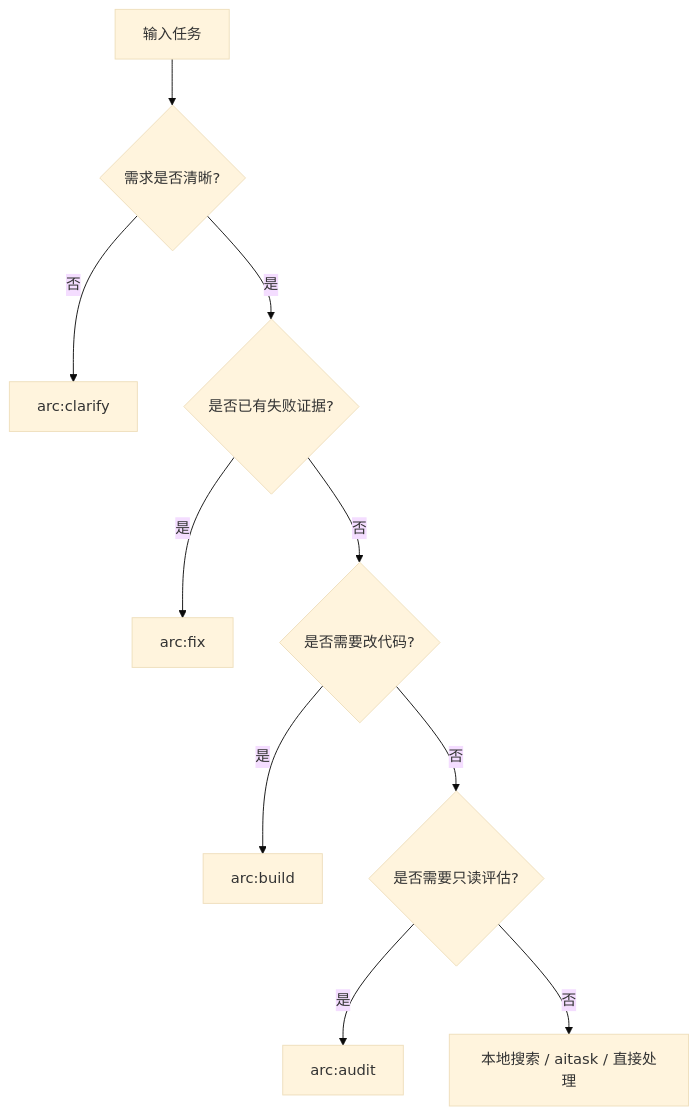
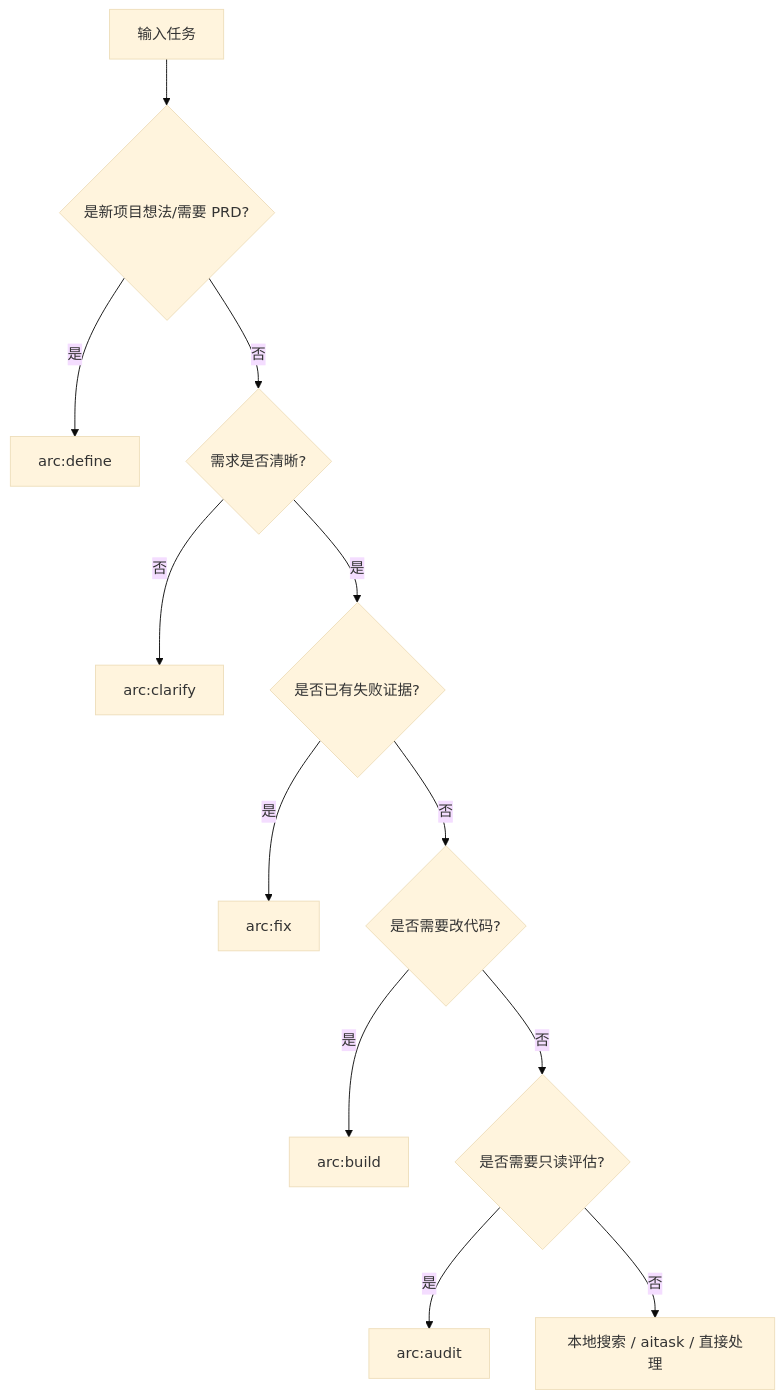
Before and after one commit to iwen-conf/Skills: the diagram in docs/arc-routing-matrix.md, drawn with Mermaid (base theme). The commit also changed other lines of this file and 14 other files, not shown here.

````diff
--- a/docs/arc-routing-matrix.md
+++ b/docs/arc-routing-matrix.md
@@ -14,12 +15,14 @@
 ```mermaid
 flowchart TD
-    A[输入任务] --> B{需求是否清晰?}
+    A[输入任务] --> P{是新项目想法/需要 PRD?}
+    P -- 是 --> Q[arc:define]
+    P -- 否 --> B{需求是否清晰?}
     B -- 否 --> C[arc:clarify]
     B -- 是 --> D{是否已有失败证据?}
     D -- 是 --> F[arc:fix]
     D -- 否 --> E{是否需要改代码?}
     E -- 是 --> G[arc:build]
     E -- 否 --> H{是否需要只读评估?}
     H -- 是 --> I[arc:audit]
     H -- 否 --> J[本地搜索 / aitask / 直接处理]
 ```
````
